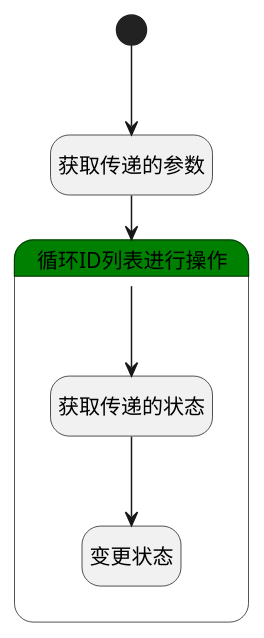
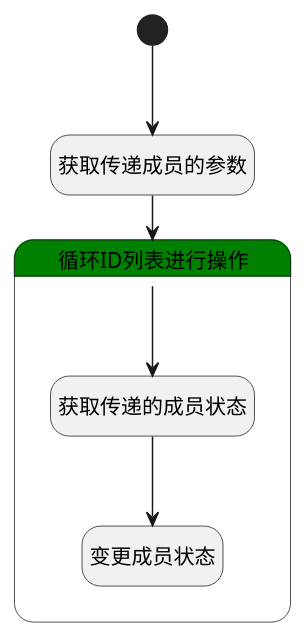
One commit to iBizLab/plm changed the diagram in doc/docsify/module/ProjMgmt/project_member/logic/change_role.md. Above: the diagram before and after it, drawn with PlantUML. The commit also changed other lines of this file and 1068 other files, not shown here.

````diff
--- a/doc/docsify/module/ProjMgmt/project_member/logic/change_role.md
+++ b/doc/docsify/module/ProjMgmt/project_member/logic/change_role.md
@@ -7,26 +7,26 @@
 ```plantuml
 @startuml
 hide empty description
 <style>
 root {
   HyperlinkColor #42b983
 }
 </style>
 
 hide empty description
 state "开始" as Begin <<start>> [[$./change_role#begin {"开始"}]]
-state "获取传递的参数" as BINDPARAM1  [[$./change_role#bindparam1 {"获取传递的参数"}]]
+state "获取传递成员的参数" as BINDPARAM1  [[$./change_role#bindparam1 {"获取传递成员的参数"}]]
 state "循环ID列表进行操作" as LOOPSUBCALL1  [[$./change_role#loopsubcall1 {"循环ID列表进行操作"}]] #green {
-state "获取传递的状态" as PREPAREPARAM2  [[$./change_role#prepareparam2 {"获取传递的状态"}]]
-state "变更状态" as DEACTION1  [[$./change_role#deaction1 {"变更状态"}]]
+state "获取传递的成员状态" as PREPAREPARAM2  [[$./change_role#prepareparam2 {"获取传递的成员状态"}]]
+state "变更成员状态" as DEACTION1  [[$./change_role#deaction1 {"变更成员状态"}]]
 }
 
 
 Begin --> BINDPARAM1
 BINDPARAM1 --> LOOPSUBCALL1
 LOOPSUBCALL1 --> PREPAREPARAM2
 PREPAREPARAM2 --> DEACTION1
 
 
 @enduml
 ```
````
